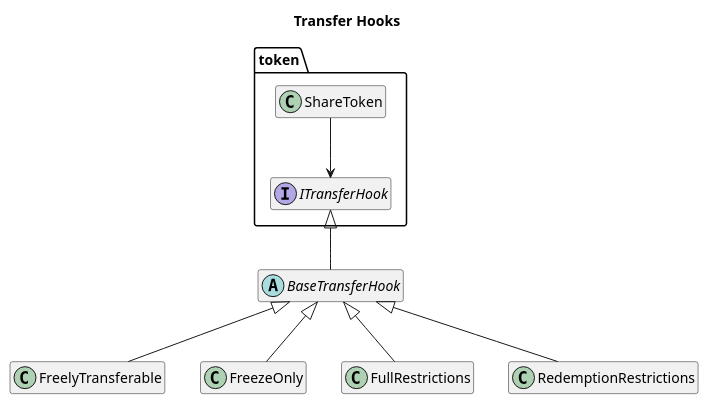
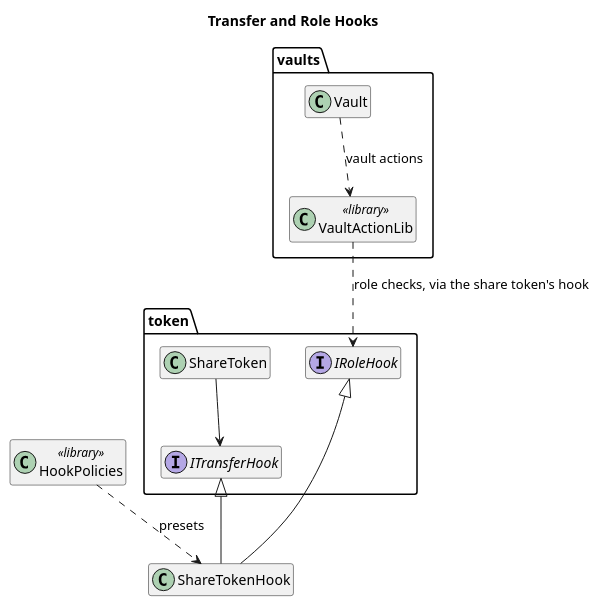
The diagram in docs/architecture/hooks.puml (centrifuge/protocol), drawn with PlantUML before and after one commit. The commit also changed 306 other files, not shown here.

First line of the commit message:
feat(vaults): Vault Development Kit

```diff
--- a/docs/architecture/hooks.puml
+++ b/docs/architecture/hooks.puml
@@ -1,25 +1,28 @@
 @startuml hooks
-title Transfer Hooks
+title Transfer and Role Hooks
 hide empty members
 
 package token {
     class ShareToken
     interface ITransferHook
+    interface IRoleHook
 }
 
-abstract BaseTransferHook
-class FreelyTransferable
-class FreezeOnly
-class FullRestrictions
-class RedemptionRestrictions
+package vaults {
+    class Vault
+    class VaultActionLib <<library>>
+}
 
-BaseTransferHook -up-|> ITransferHook
+class ShareTokenHook
+class HookPolicies <<library>>
 
-FreelyTransferable -up-|> BaseTransferHook
-FreezeOnly -up-|> BaseTransferHook
-FullRestrictions -up-|> BaseTransferHook
-RedemptionRestrictions -up-|> BaseTransferHook
+HookPolicies ..> ShareTokenHook : presets
+ShareTokenHook -up-|> ITransferHook
+ShareTokenHook -up-|> IRoleHook
+
 
 ShareToken --> ITransferHook
+Vault ..> VaultActionLib : vault actions
+VaultActionLib ..> IRoleHook : role checks, via the share token's hook
 
 @enduml
```
